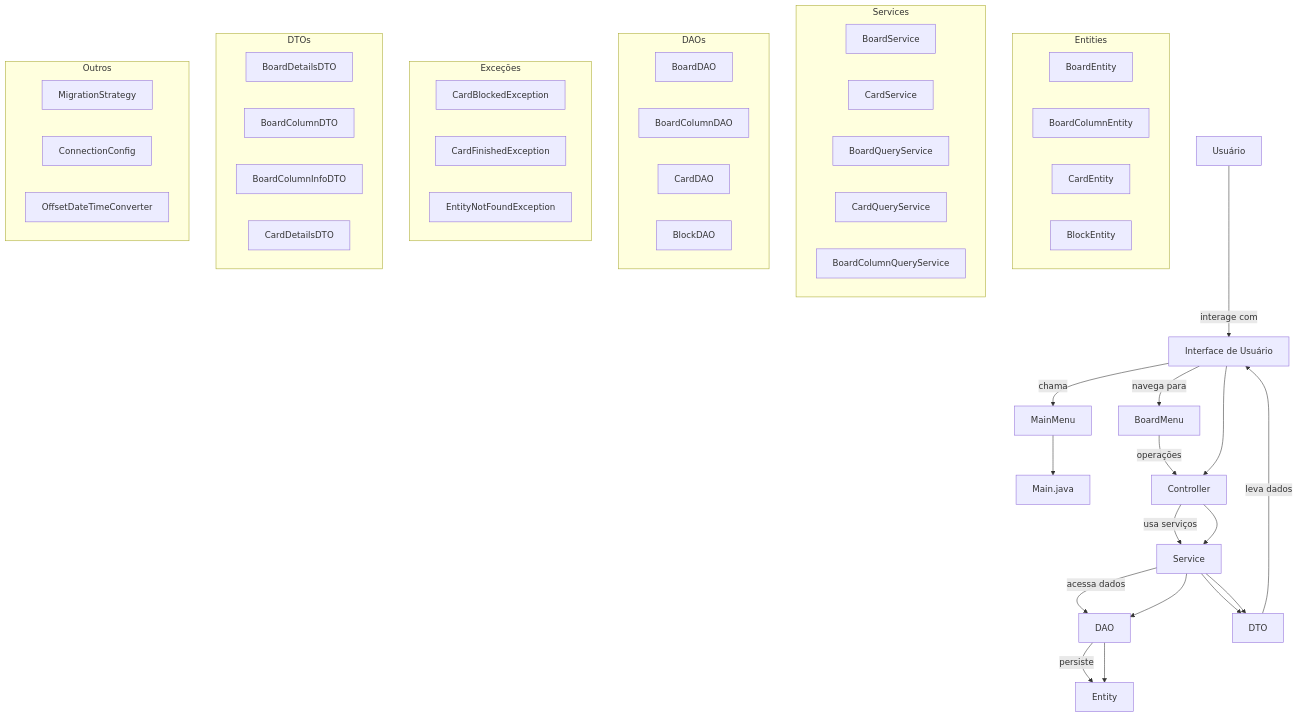
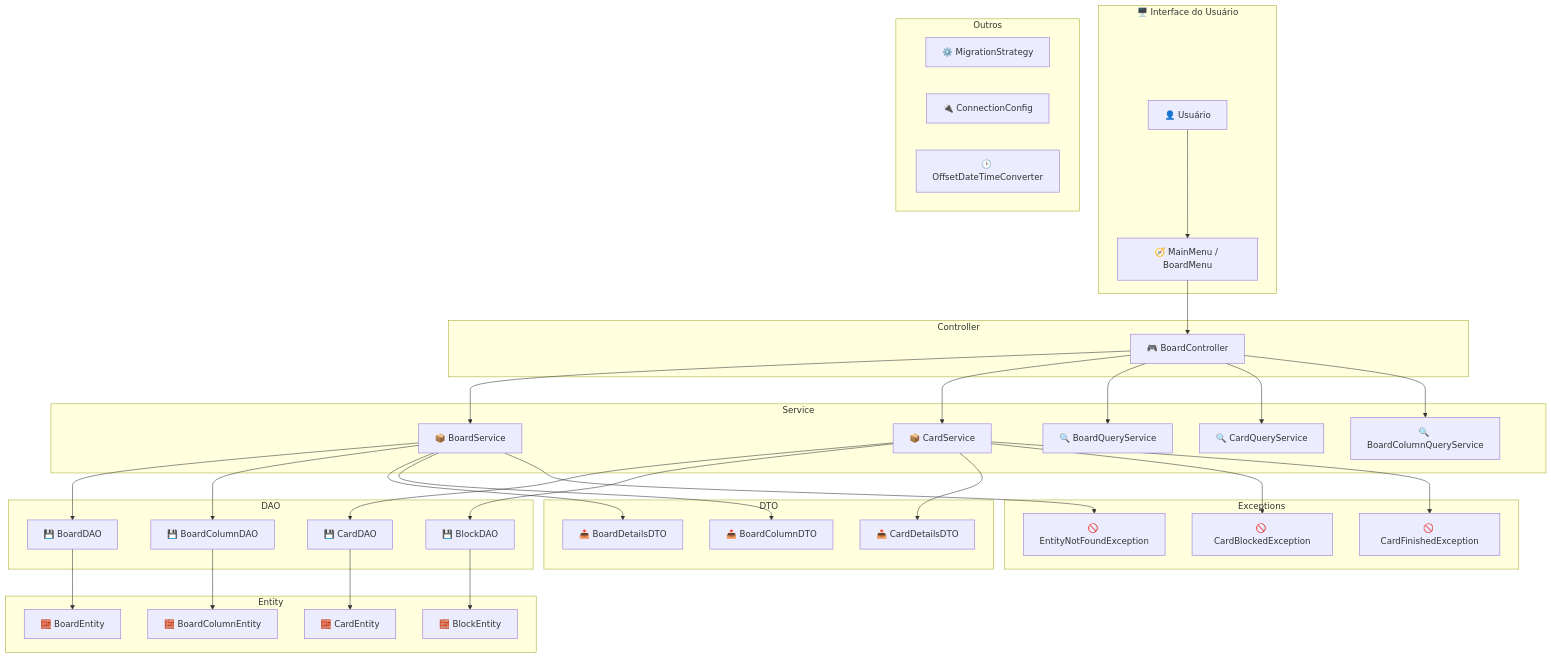
Before and after one commit to alvaro5801/BoardJavaAvanade: the diagram in README.md, drawn with Mermaid.

````diff
--- a/README.md
+++ b/README.md
@@ -72,62 +72,52 @@
 ```mermaid
-graph TD
-  A[Usuário] -->|interage com| UI[Interface de Usuário]
-  UI -->|chama| MainMenu[MainMenu]
-  UI -->|navega para| BoardMenu[BoardMenu]
+flowchart TB
 
-  MainMenu --> Main[Main.java]
-  BoardMenu -->|operações| Controller
+subgraph Interface [🖥️ Interface do Usuário]
+    A[👤 Usuário] --> B[🧭 MainMenu / BoardMenu]
+end
 
-  Controller -->|usa serviços| Service
-  Service -->|acessa dados| DAO
-  DAO -->|persiste| Entity
-  Service --> DTO
-  DTO -->|leva dados| UI
+subgraph Controller
+    B --> C[🎮 BoardController]
+end
 
-  subgraph "Entities"
-    Entity1[BoardEntity]
-    Entity2[BoardColumnEntity]
-    Entity3[CardEntity]
-    Entity4[BlockEntity]
-  end
+subgraph Service
+    C --> D1[📦 BoardService]
+    C --> D2[📦 CardService]
+    C --> D3[🔍 BoardQueryService]
+    C --> D4[🔍 CardQueryService]
+    C --> D5[🔍 BoardColumnQueryService]
+end
 
-  subgraph "Services"
-    Service1[BoardService]
-    Service2[CardService]
-    Service3[BoardQueryService]
-    Service4[CardQueryService]
-    Service5[BoardColumnQueryService]
-  end
+subgraph DAO
+    D1 --> E1[💾 BoardDAO]
+    D1 --> E2[💾 BoardColumnDAO]
+    D2 --> E3[💾 CardDAO]
+    D2 --> E4[💾 BlockDAO]
+end
 
-  subgraph "DAOs"
-    DAO1[BoardDAO]
-    DAO2[BoardColumnDAO]
-    DAO3[CardDAO]
-    DAO4[BlockDAO]
-  end
+subgraph Entity
+    E1 --> F1[🧱 BoardEntity]
+    E2 --> F2[🧱 BoardColumnEntity]
+    E3 --> F3[🧱 CardEntity]
+    E4 --> F4[🧱 BlockEntity]
+end
 
-  subgraph "Exceções"
-    E1[CardBlockedException]
-    E2[CardFinishedException]
-    E3[EntityNotFoundException]
-  end
+subgraph DTO
+    D1 --> G1[📤 BoardDetailsDTO]
+    D1 --> G2[📤 BoardColumnDTO]
+    D2 --> G3[📤 CardDetailsDTO]
+end
 
-  subgraph "DTOs"
-    DTO1[BoardDetailsDTO]
-    DTO2[BoardColumnDTO]
-    DTO3[BoardColumnInfoDTO]
-    DTO4[CardDetailsDTO]
-  end
+subgraph Exceptions
+    D2 --> H1[🚫 CardBlockedException]
+    D2 --> H2[🚫 CardFinishedException]
+    D1 --> H3[🚫 EntityNotFoundException]
+end
 
-  subgraph "Outros"
-    O1[MigrationStrategy]
-    O2[ConnectionConfig]
-    O3[OffsetDateTimeConverter]
-  end
+subgraph Outros
+    I1[⚙️ MigrationStrategy]
+    I2[🔌 ConnectionConfig]
+    I3[🕒 OffsetDateTimeConverter]
+end
 
-  Controller --> Service
-  Service --> DAO
-  DAO --> Entity
-  Service --> DTO
-  UI --> Controller
 ```
````
